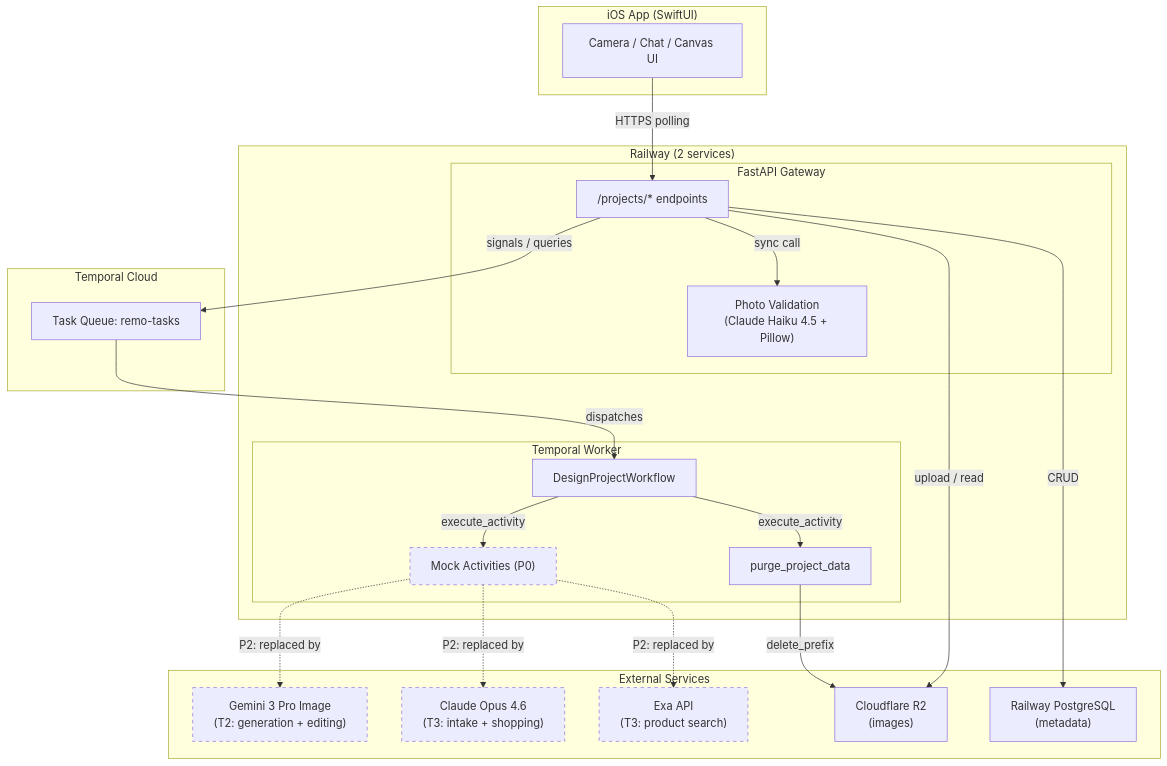
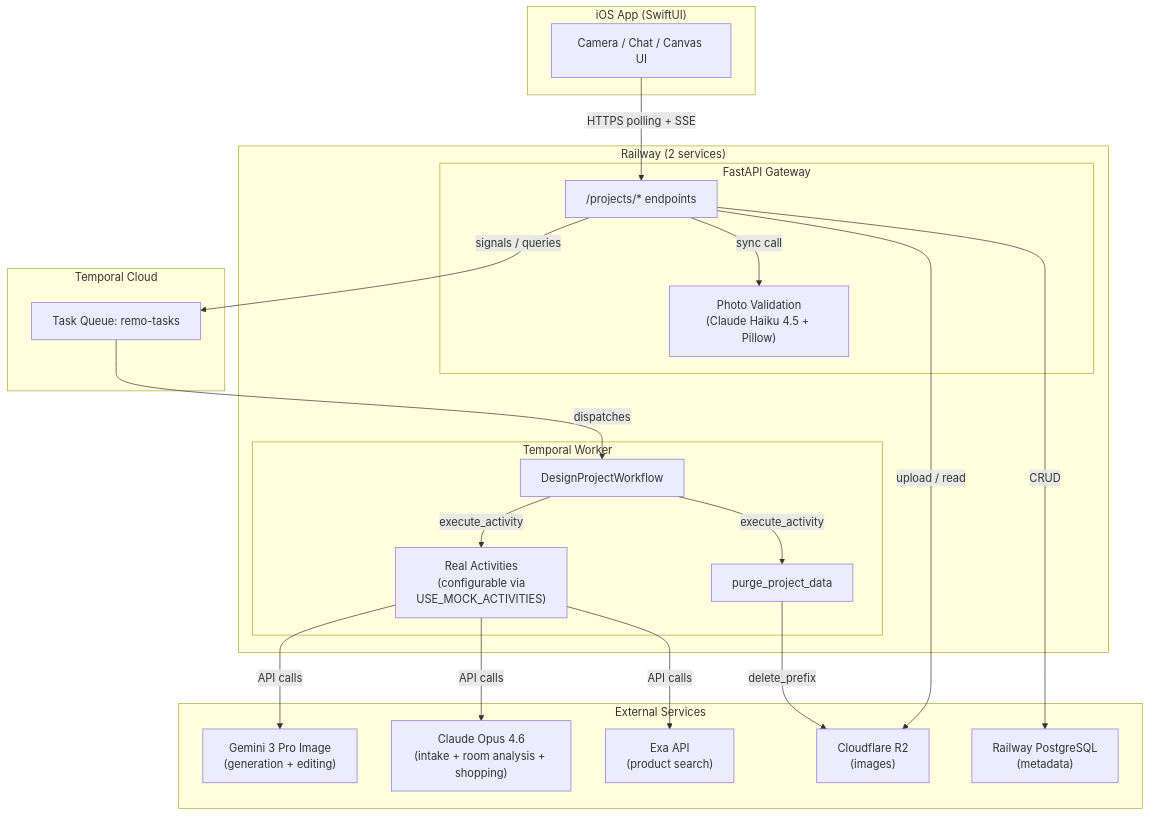
The first of 12 diagrams in specs/ARCHITECTURE.md (hippogriff-ai/remo), drawn with Mermaid before and after one commit. The commit also changed other lines of this file and 58 other files, not shown here.

First line of the commit message:
Device bug fixes: edit annotations, intake self-repeat, shopping search (#19)

````diff
--- a/specs/ARCHITECTURE.md
+++ b/specs/ARCHITECTURE.md
@@ -7,50 +7,44 @@
 ```mermaid
 graph TB
     subgraph iOS["iOS App (SwiftUI)"]
         UI[Camera / Chat / Canvas UI]
     end
 
     subgraph Railway["Railway (2 services)"]
         subgraph API["FastAPI Gateway"]
             Routes["/projects/* endpoints"]
             Validation["Photo Validation<br/>(Claude Haiku 4.5 + Pillow)"]
         end
 
         subgraph Worker["Temporal Worker"]
             WF["DesignProjectWorkflow"]
-            MockStubs["Mock Activities (P0)"]
+            Activities["Real Activities<br/>(configurable via<br/>USE_MOCK_ACTIVITIES)"]
             Purge["purge_project_data"]
         end
     end
 
     subgraph Temporal["Temporal Cloud"]
         TaskQueue["Task Queue: remo-tasks"]
     end
 
     subgraph External["External Services"]
         R2["Cloudflare R2<br/>(images)"]
         PG["Railway PostgreSQL<br/>(metadata)"]
-        Gemini["Gemini 3 Pro Image<br/>(T2: generation + editing)"]
-        Claude["Claude Opus 4.6<br/>(T3: intake + shopping)"]
-        Exa["Exa API<br/>(T3: product search)"]
+        Gemini["Gemini 3 Pro Image<br/>(generation + editing)"]
+        Claude["Claude Opus 4.6<br/>(intake + room analysis + shopping)"]
+        Exa["Exa API<br/>(product search)"]
     end
 
-    UI -->|"HTTPS polling"| Routes
+    UI -->|"HTTPS polling + SSE"| Routes
     Routes -->|"signals / queries"| TaskQueue
     TaskQueue -->|"dispatches"| WF
-    WF -->|"execute_activity"| MockStubs
+    WF -->|"execute_activity"| Activities
     WF -->|"execute_activity"| Purge
     Routes -->|"sync call"| Validation
+    Activities -->|"API calls"| Gemini
+    Activities -->|"API calls"| Claude
+    Activities -->|"API calls"| Exa
     Purge -->|"delete_prefix"| R2
     Routes -->|"upload / read"| R2
     Routes -->|"CRUD"| PG
-
-    MockStubs -.->|"P2: replaced by"| Gemini
-    MockStubs -.->|"P2: replaced by"| Claude
-    MockStubs -.->|"P2: replaced by"| Exa
-
-    style MockStubs stroke-dasharray: 5 5
-    style Gemini stroke-dasharray: 5 5
-    style Claude stroke-dasharray: 5 5
-    style Exa stroke-dasharray: 5 5
 ```
````
